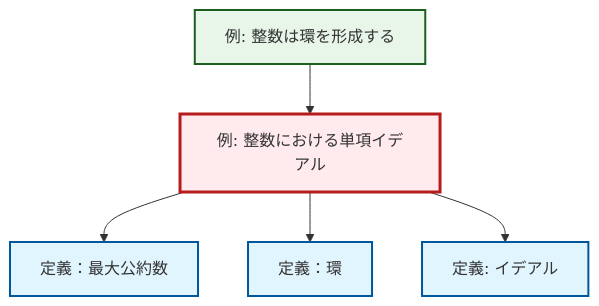
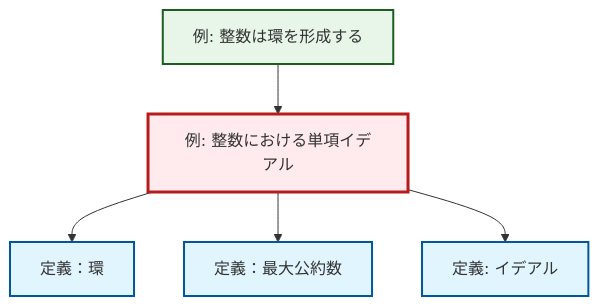
One commit to RK0429/ModernMath changed the diagram in content/ja/algebra/ex-principal-ideal.qmd. Above: the diagram before and after it, drawn with Mermaid. The commit also changed other lines of this file and 328 other files, not shown here.

````diff
--- a/content/ja/algebra/ex-principal-ideal.qmd
+++ b/content/ja/algebra/ex-principal-ideal.qmd
@@ -64,23 +64,23 @@
 ```{mermaid}
 %%| fig-cap: "ローカル依存関係グラフ"
 graph TD
     classDef definition fill:#e1f5fe,stroke:#01579b,stroke-width:2px
     classDef theorem fill:#f3e5f5,stroke:#4a148c,stroke-width:2px
     classDef axiom fill:#fff3e0,stroke:#e65100,stroke-width:2px
     classDef example fill:#e8f5e9,stroke:#1b5e20,stroke-width:2px
     classDef current fill:#ffebee,stroke:#b71c1c,stroke-width:3px
     def-ideal["定義: イデアル"]:::definition
+    ex-integers-ring["例: 整数は環を形成する"]:::example
     def-ring["定義：環"]:::definition
+    def-gcd["定義：最大公約数"]:::definition
     ex-principal-ideal["例: 整数における単項イデアル"]:::example
-    def-gcd["定義：最大公約数"]:::definition
-    ex-integers-ring["例: 整数は環を形成する"]:::example
+    ex-principal-ideal --> def-ring
     ex-principal-ideal --> def-gcd
+    ex-principal-ideal --> def-ideal
     ex-integers-ring --> ex-principal-ideal
-    ex-principal-ideal --> def-ring
-    ex-principal-ideal --> def-ideal
     class ex-principal-ideal current
     click def-ideal "def-ideal.html" "イデアルの定義へ"
+    click ex-integers-ring "ex-integers-ring.html" "整数は環を形成するの例へ"
     click def-ring "def-ring.html" "定義：環へ"
     click def-gcd "def-gcd.html" "定義：最大公約数へ"
-    click ex-integers-ring "ex-integers-ring.html" "整数は環を形成するの例へ"
 ```
````
